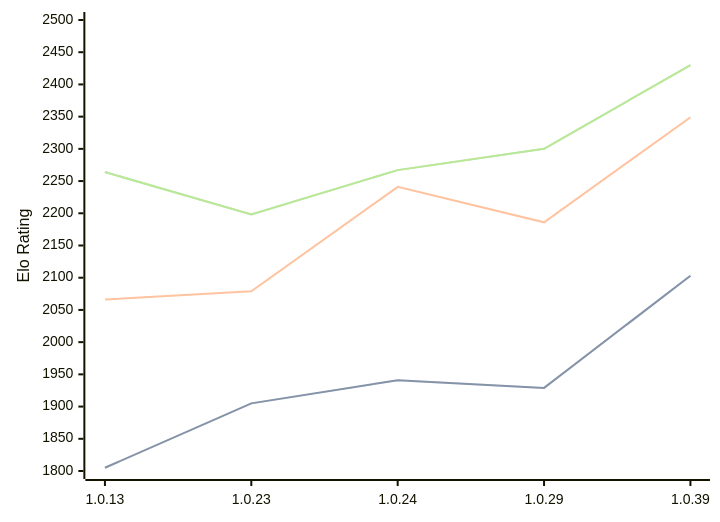
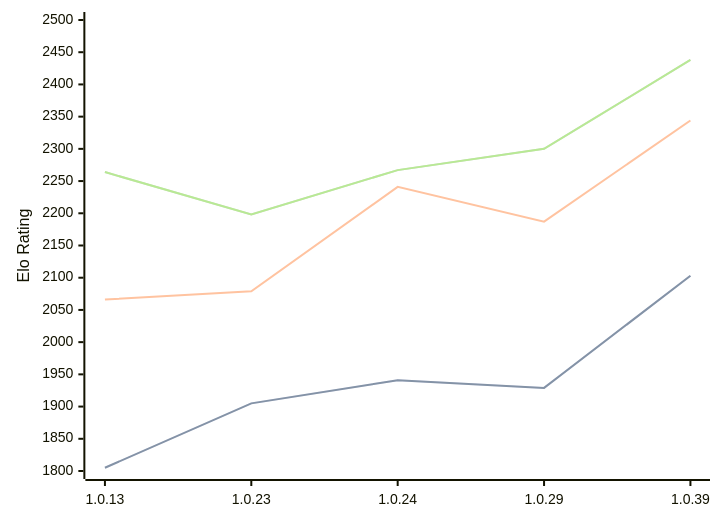
Before and after one commit to computer-chess-index/cci: the diagram in engines/RustyRival.md, drawn with Mermaid. The commit also changed other lines of this file, not shown here.

Commit message:
Update CCI Ratings (ELO VLTC) - 2026-04-12

````diff
--- a/engines/RustyRival.md
+++ b/engines/RustyRival.md
@@ -66,11 +66,11 @@
 ```mermaid
 %%{init: {"theme":"base","themeVariables":{"seriesColors:['#a3a3a3','#222221','#faa371']}}}%%
 xychart-beta
   x-axis ["1.0.13", "1.0.23", "1.0.24", "1.0.29", "1.0.39"]
   y-axis "Elo Rating" 1800 --> 2500
   line "STC (8.0+0.08s)" [1805, 1905, 1941, 1929, 2103]
   line "STC (8.0+0.08s)" [1805, 1905, 1941, 1929, 2103]
-  line "LTC (60.0+0.60s)" [2066, 2079, 2241, 2186, 2349]
-  line "VLTC (2m24s+1.12s)" [2264, 2198, 2267, 2300, 2430]
-  line "VLTC (2m24s+1.12s)" [2264, 2198, 2267, 2300, 2430]
+  line "LTC (60.0+0.60s)" [2066, 2079, 2241, 2187, 2344]
+  line "VLTC (2m24s+1.12s)" [2264, 2198, 2267, 2300, 2438]
+  line "VLTC (2m24s+1.12s)" [2264, 2198, 2267, 2300, 2438]
 ```
````
